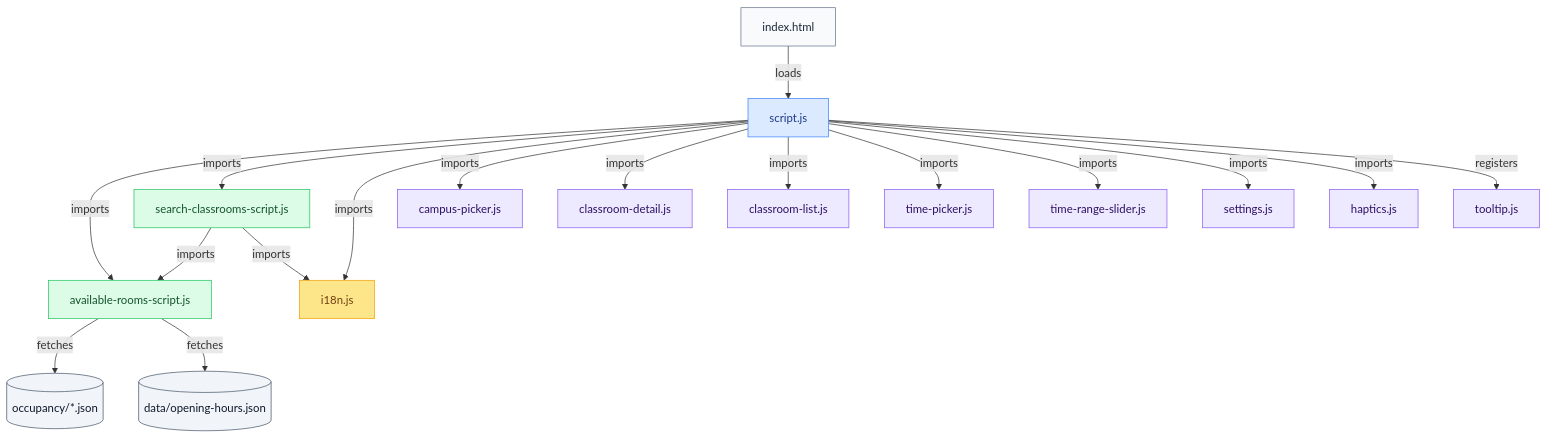
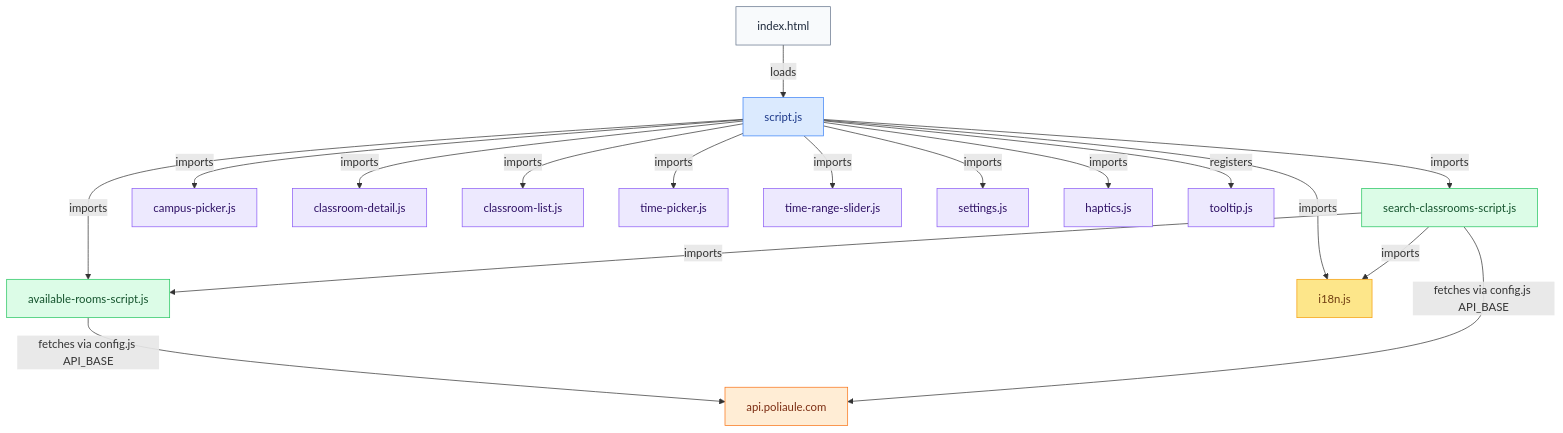
One commit to SummaCristian/PoliAule changed the third of 4 diagrams in docs/architecture.md. Above: the diagram before and after it, drawn with Mermaid. The commit also changed other lines of this file and 11 other files, not shown here.

````diff
--- a/docs/architecture.md
+++ b/docs/architecture.md
@@ -117,41 +123,42 @@
 ```mermaid
 graph TD
     classDef entry fill:#f8fafc,stroke:#64748b,color:#1e293b
     classDef shell fill:#dbeafe,stroke:#3b82f6,color:#1e3a8a
     classDef data fill:#dcfce7,stroke:#22c55e,color:#14532d
     classDef i18n fill:#fde68a,stroke:#f59e0b,color:#713f12
     classDef component fill:#ede9fe,stroke:#8b5cf6,color:#2e1065
     classDef store fill:#f1f5f9,stroke:#475569,color:#0f172a
+    classDef cf fill:#ffedd5,stroke:#f97316,color:#7c2d12
 
     IH["index.html"]:::entry
     SC["script.js"]:::shell
     ARS["available-rooms-script.js"]:::data
     SCS["search-classrooms-script.js"]:::data
     I18N["i18n.js"]:::i18n
 
     CP["campus-picker.js"]:::component
     CD["classroom-detail.js"]:::component
     CL["classroom-list.js"]:::component
     TP["time-picker.js"]:::component
     TRS["time-range-slider.js"]:::component
     SET["settings.js"]:::component
     HAP["haptics.js"]:::component
     TT["tooltip.js"]:::component
 
     IH -->|loads| SC
     SC -->|imports| ARS
     SC -->|imports| SCS
     SC -->|imports| I18N
     SC -->|imports| CP
     SC -->|imports| CD
     SC -->|imports| CL
     SC -->|imports| TP
     SC -->|imports| TRS
     SC -->|imports| SET
     SC -->|imports| HAP
     SC -->|registers| TT
     SCS -->|imports| ARS
     SCS -->|imports| I18N
-    ARS -->|fetches| JSON[("occupancy/*.json")]:::store
-    ARS -->|fetches| OH[("data/opening-hours.json")]:::store
+    ARS -->|fetches via config.js API_BASE| API["api.poliaule.com"]:::cf
+    SCS -->|fetches via config.js API_BASE| API
 ```
````
